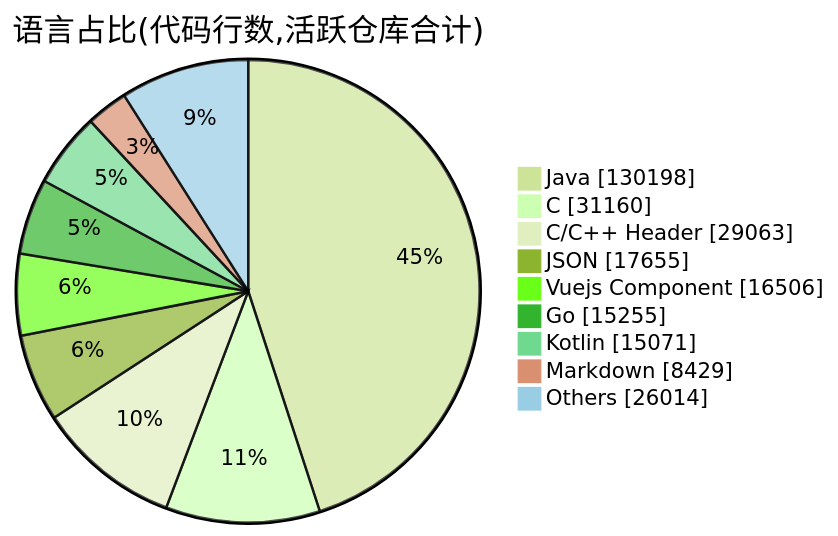
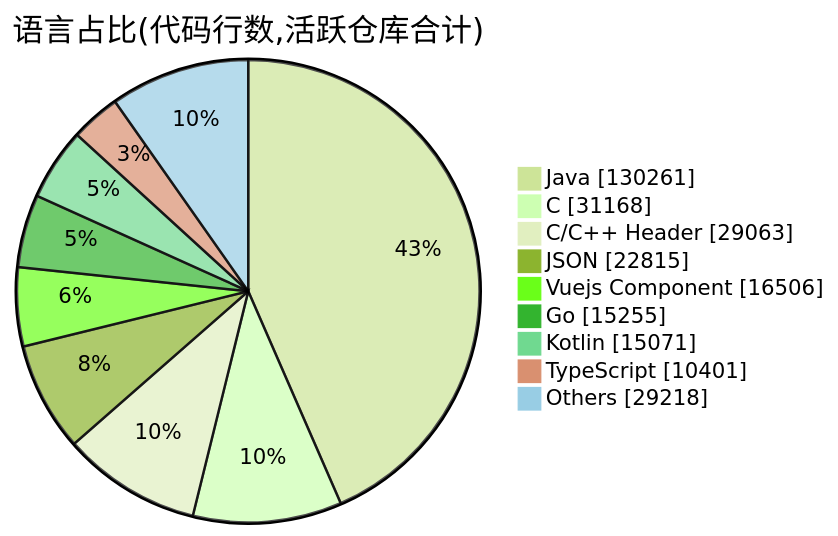
Before and after one commit to Conflux-Union/.github: the second of 2 diagrams in profile/README.md, drawn with Mermaid (forest theme). The commit also changed other lines of this file and 1 other file, not shown here.

````diff
--- a/profile/README.md
+++ b/profile/README.md
@@ -80,13 +80,13 @@
 ```mermaid
 pie showData
     title 语言占比(代码行数,活跃仓库合计)
-    "Java" : 130198
-    "C" : 31160
+    "Java" : 130261
+    "C" : 31168
     "C/C++ Header" : 29063
-    "JSON" : 17655
+    "JSON" : 22815
     "Vuejs Component" : 16506
     "Go" : 15255
     "Kotlin" : 15071
-    "Markdown" : 8429
-    "Others" : 26014
+    "TypeScript" : 10401
+    "Others" : 29218
 ```
````
